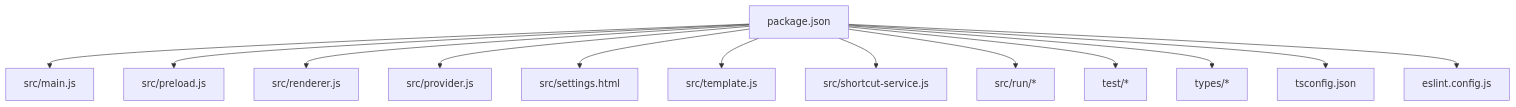
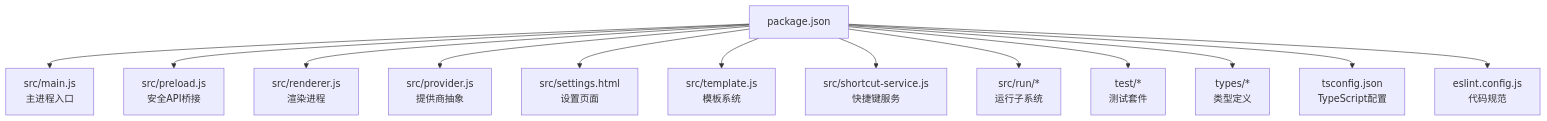
One commit to astordu/prompt_gogo changed the first of 7 diagrams in .qoder/repowiki/zh/content/项目概览.md. Above: the diagram before and after it, drawn with Mermaid. The commit also changed other lines of this file and 47 other files, not shown here.

````diff
--- a/.qoder/repowiki/zh/content/项目概览.md
+++ b/.qoder/repowiki/zh/content/项目概览.md
@@ -61,15 +69,15 @@
 ```mermaid
 graph TB
-A["package.json"] --> B["src/main.js"]
-A --> C["src/preload.js"]
-A --> D["src/renderer.js"]
-A --> E["src/provider.js"]
-A --> F["src/settings.html"]
-A --> G["src/template.js"]
-A --> H["src/shortcut-service.js"]
-A --> I["src/run/*"]
-A --> J["test/*"]
-A --> K["types/*"]
-A --> L["tsconfig.json"]
-A --> M["eslint.config.js"]
+A["package.json"] --> B["src/main.js<br/>主进程入口"]
+A --> C["src/preload.js<br/>安全API桥接"]
+A --> D["src/renderer.js<br/>渲染进程"]
+A --> E["src/provider.js<br/>提供商抽象"]
+A --> F["src/settings.html<br/>设置页面"]
+A --> G["src/template.js<br/>模板系统"]
+A --> H["src/shortcut-service.js<br/>快捷键服务"]
+A --> I["src/run/*<br/>运行子系统"]
+A --> J["test/*<br/>测试套件"]
+A --> K["types/*<br/>类型定义"]
+A --> L["tsconfig.json<br/>TypeScript配置"]
+A --> M["eslint.config.js<br/>代码规范"]
 ```
````
